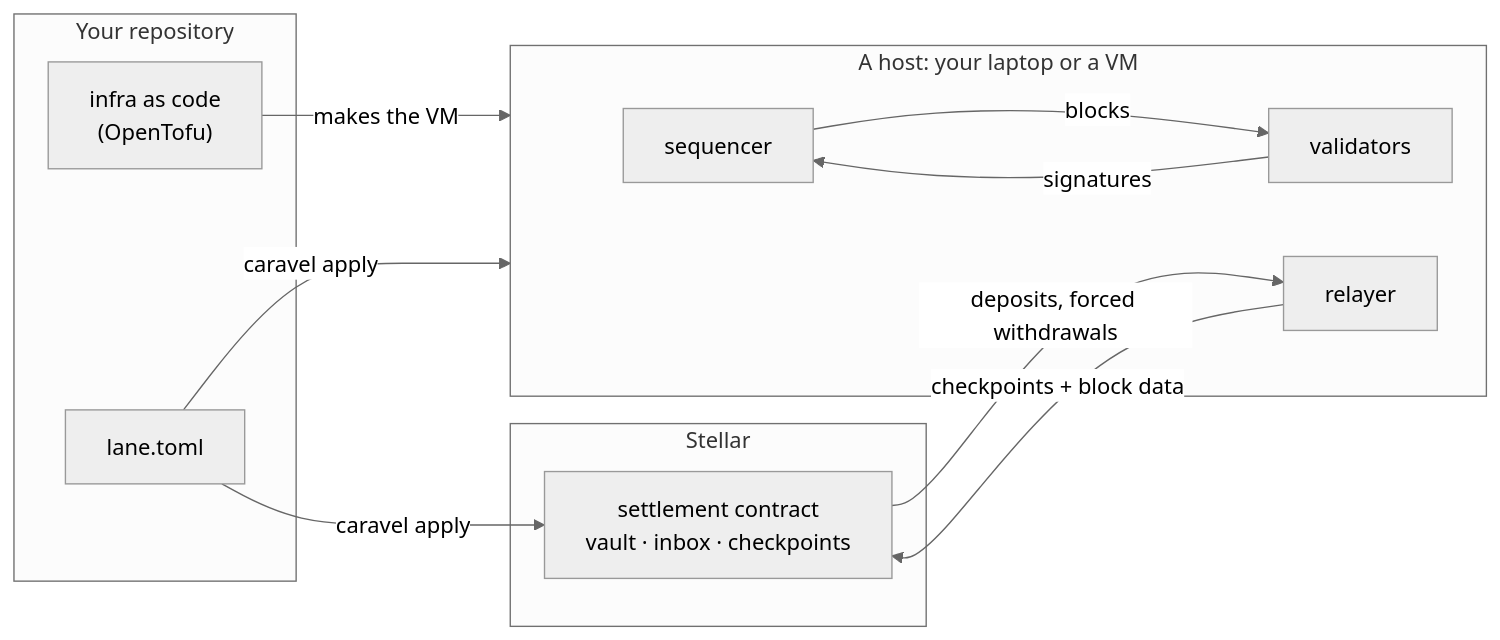
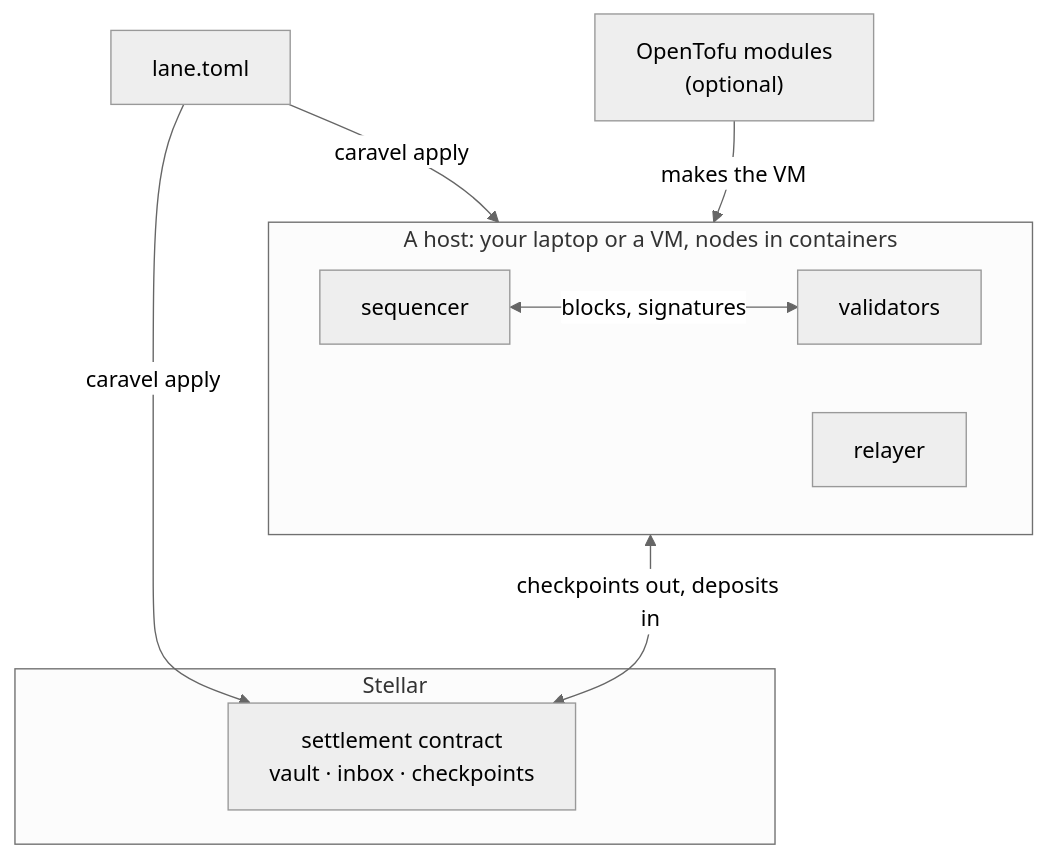
Before and after one commit to wmendes/caravel: the diagram in README.md, drawn with Mermaid (neutral theme). The commit also changed other lines of this file, not shown here.

Commit message:
D-12: a simpler diagram, commands on one line

````diff
--- a/README.md
+++ b/README.md
@@ -56,22 +56,17 @@
 ```mermaid
-flowchart LR
-  subgraph you["Your repository"]
-    lane["lane.toml"]
-    tofu["infra as code<br/>(OpenTofu)"]
-  end
-  subgraph host["A host: your laptop or a VM"]
-    seq["sequencer"]
-    val["validators"]
+flowchart TB
+  lane["lane.toml"]
+  tofu["OpenTofu modules<br/>(optional)"]
+  subgraph host["A host: your laptop or a VM, nodes in containers"]
+    direction LR
+    seq["sequencer"] <-- "blocks, signatures" --> val["validators"]
     rel["relayer"]
   end
   subgraph stellar["Stellar"]
     sc["settlement contract<br/>vault · inbox · checkpoints"]
   end
   tofu -- "makes the VM" --> host
   lane -- "caravel apply" --> host
   lane -- "caravel apply" --> sc
-  seq -- "blocks" --> val
-  val -- "signatures" --> seq
-  rel -- "checkpoints + block data" --> sc
-  sc -- "deposits, forced withdrawals" --> rel
+  rel <-- "checkpoints out, deposits in" --> sc
 ```
````
